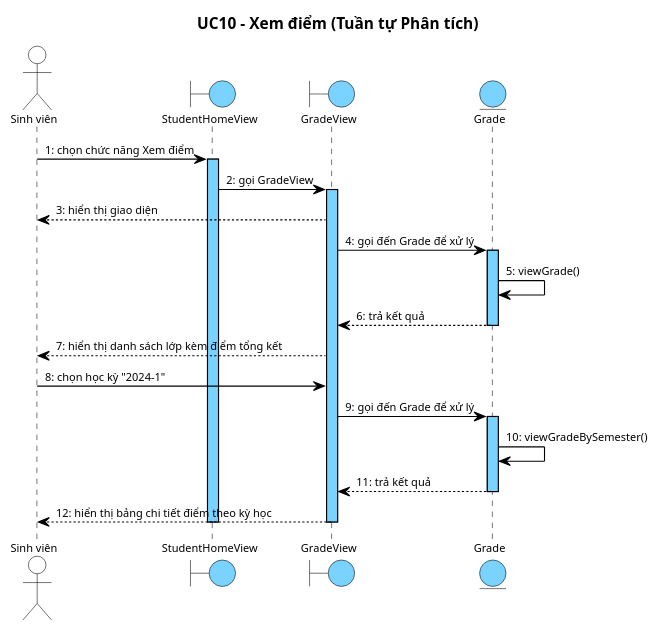
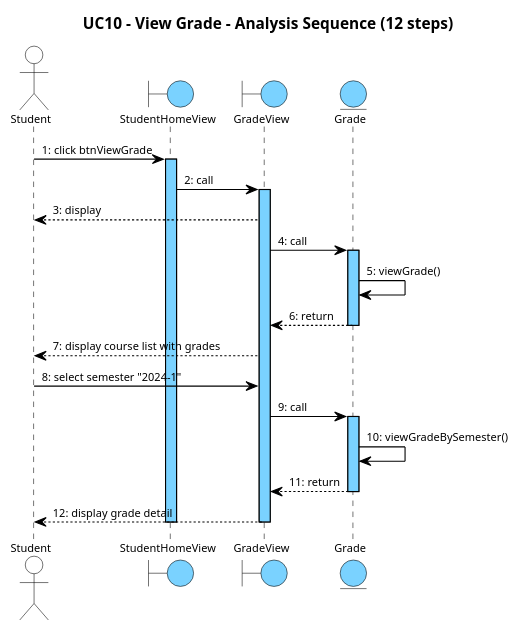
Before and after one commit to thanhtrnnn/universe: diagram 12 of 20 in report/md/module3_attendance_grades.md, drawn with PlantUML. The commit also changed other lines of this file and 27 other files, not shown here.

First line of the commit message:
feat(module3): rewrite II.4+III.4 seq diagrams per updated cnpm skill; sync skill from remote

````diff
--- a/report/md/module3_attendance_grades.md
+++ b/report/md/module3_attendance_grades.md
@@ -712,49 +776,78 @@
 ```plantuml
 @startuml
 skinparam shadowing false
 skinparam SequenceMessageAlign left
 skinparam SequenceLifeLineBackgroundColor #7AD2FF
 skinparam SequenceLifeLineBorderColor #000000
 <style>
 sequenceDiagram {
   Shadowing 0
   RoundCorner 0
   FontName "Arial"
   FontSize 10
   FontColor #000000
-  boundary { BackgroundColor #7AD2FF; LineColor #000000 }
-  entity { BackgroundColor #7AD2FF; LineColor #000000 }
-  actor { BackgroundColor transparent; LineColor #000000 }
-  lifeline { LineColor #000000; LineStyle 5-5 }
-  arrow { LineColor #000000; LineThickness 1; FontSize 10 }
+
+  participant {
+    BackgroundColor #7AD2FF
+    LineColor #000000
+    LineThickness 1
+  }
+
+  actor {
+    BackgroundColor transparent
+    LineColor #000000
+  }
+  boundary {
+    BackgroundColor #7AD2FF
+    LineColor #000000
+  }
+  control {
+    BackgroundColor #7AD2FF
+    LineColor #000000
+  }
+  entity {
+    BackgroundColor #7AD2FF
+    LineColor #000000
+  }
+
+  lifeline {
+    LineColor #000000
+    LineStyle 5-5
+  }
+
+  arrow {
+    LineColor #000000
+    LineThickness 1
+    FontSize 10
+  }
 }
 </style>
-title UC10 – Xem điểm (Tuần tự Phân tích)
+title UC10 – View Grade – Analysis Sequence (12 steps)
 
-actor "Sinh viên" as SV
+actor "Student" as Actor
 boundary StudentHomeView
 boundary GradeView
 entity Grade
 
-SV -> StudentHomeView : 1: chọn chức năng Xem điểm
+Actor -> StudentHomeView : 1: click btnViewGrade
 activate StudentHomeView
-StudentHomeView -> GradeView : 2: gọi GradeView
+StudentHomeView -> GradeView : 2: call
 activate GradeView
-GradeView --> SV : 3: hiển thị giao diện
-GradeView -> Grade : 4: gọi đến Grade để xử lý
+GradeView --> Actor : 3: display
+GradeView -> Grade : 4: call
 activate Grade
 Grade -> Grade : 5: viewGrade()
-Grade --> GradeView : 6: trả kết quả
+Grade --> GradeView : 6: return
 deactivate Grade
-GradeView --> SV : 7: hiển thị danh sách lớp kèm điểm tổng kết
-SV -> GradeView : 8: chọn học kỳ "2024-1"
-GradeView -> Grade : 9: gọi đến Grade để xử lý
+GradeView --> Actor : 7: display course list with grades
+Actor -> GradeView : 8: select semester "2024-1"
+GradeView -> Grade : 9: call
 activate Grade
 Grade -> Grade : 10: viewGradeBySemester()
-Grade --> GradeView : 11: trả kết quả
+Grade --> GradeView : 11: return
 deactivate Grade
-GradeView --> SV : 12: hiển thị bảng chi tiết điểm theo kỳ học
+GradeView --> Actor : 12: display grade detail
 deactivate GradeView
 deactivate StudentHomeView
 @enduml
 ```
````
